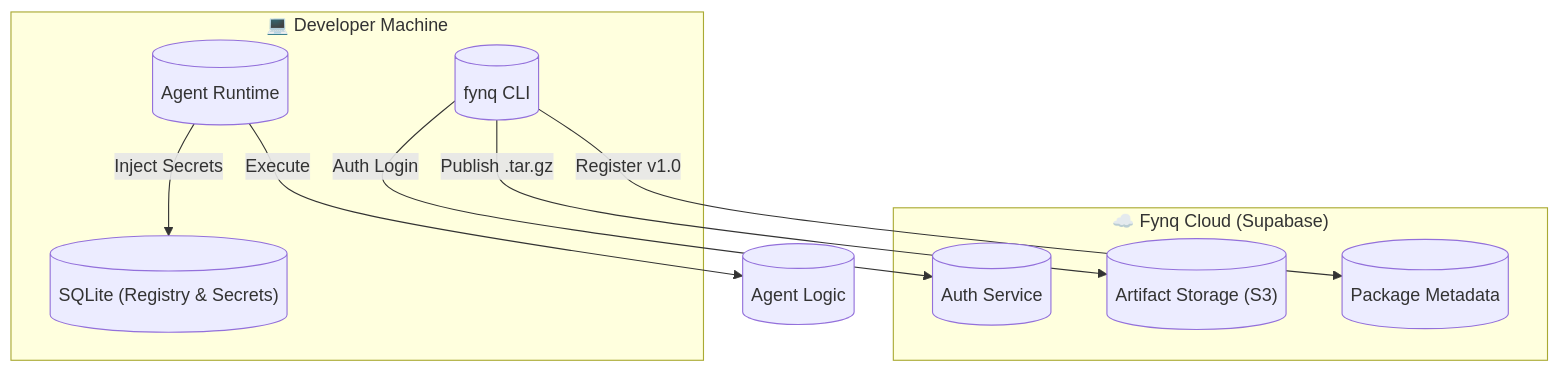
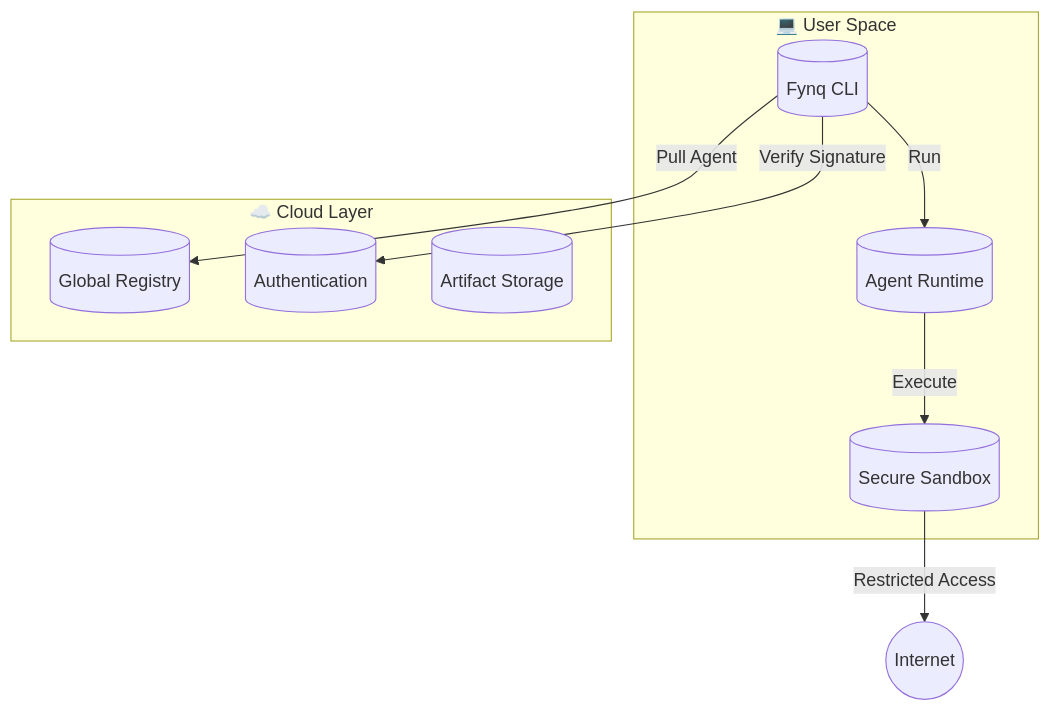
Before and after one commit to AshwinRenjith/fynqAMK: the diagram in README.md, drawn with Mermaid. The commit also changed other lines of this file and 57 other files, not shown here.

Commit message:
✨ Final Overhaul: Ultimate Aesthetic Web Platform, Refined CLI, and New Agent Showcase

````diff
--- a/README.md
+++ b/README.md
@@ -123,21 +145,20 @@
 ```mermaid
 graph TD
-    subgraph Client ["💻 Developer Machine"]
-        CLI[("fynq CLI")]
-        LocalDB[("SQLite (Registry & Secrets)")]
-        Runtime[("Agent Runtime")]
+    subgraph "💻 User Space"
+        CLI[("Fynq CLI")]
+        Agent[("Agent Runtime")]
+        Sandbox[("Secure Sandbox")]
     end
 
-    subgraph Cloud ["☁️ Fynq Cloud (Supabase)"]
-        Auth[("Auth Service")]
-        Storage[("Artifact Storage (S3)")]
-        MetaPK[("Package Metadata")]
+    subgraph "☁️ Cloud Layer"
+        Registry[("Global Registry")]
+        Auth[("Authentication")]
+        Storage[("Artifact Storage")]
     end
 
-    CLI -->|Auth Login| Auth
-    CLI -->|Publish .tar.gz| Storage
-    CLI -->|Register v1.0| MetaPK
-    
-    Runtime -->|Inject Secrets| LocalDB
-    Runtime -->|Execute| AgentCode[("Agent Logic")]
+    CLI -->|Pull Agent| Registry
+    CLI -->|Verify Signature| Auth
+    CLI -->|Run| Agent
+    Agent -->|Execute| Sandbox
+    Sandbox -->|Restricted Access| Internet((Internet))
 ```
````
